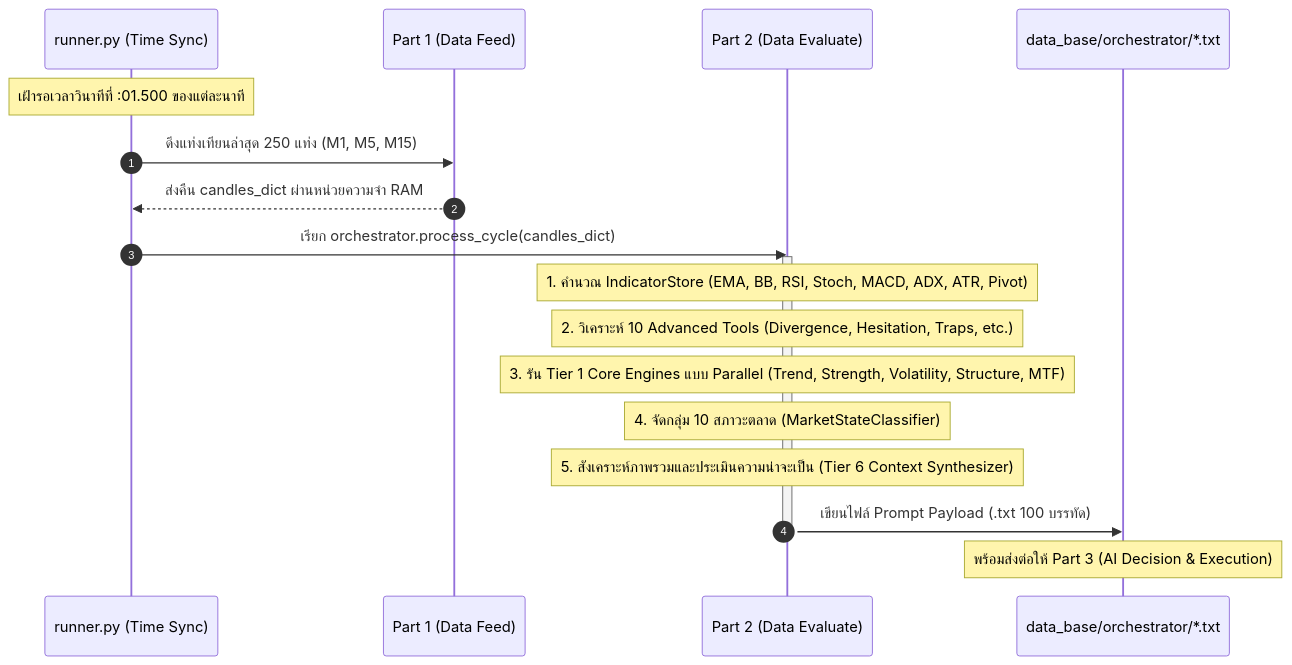
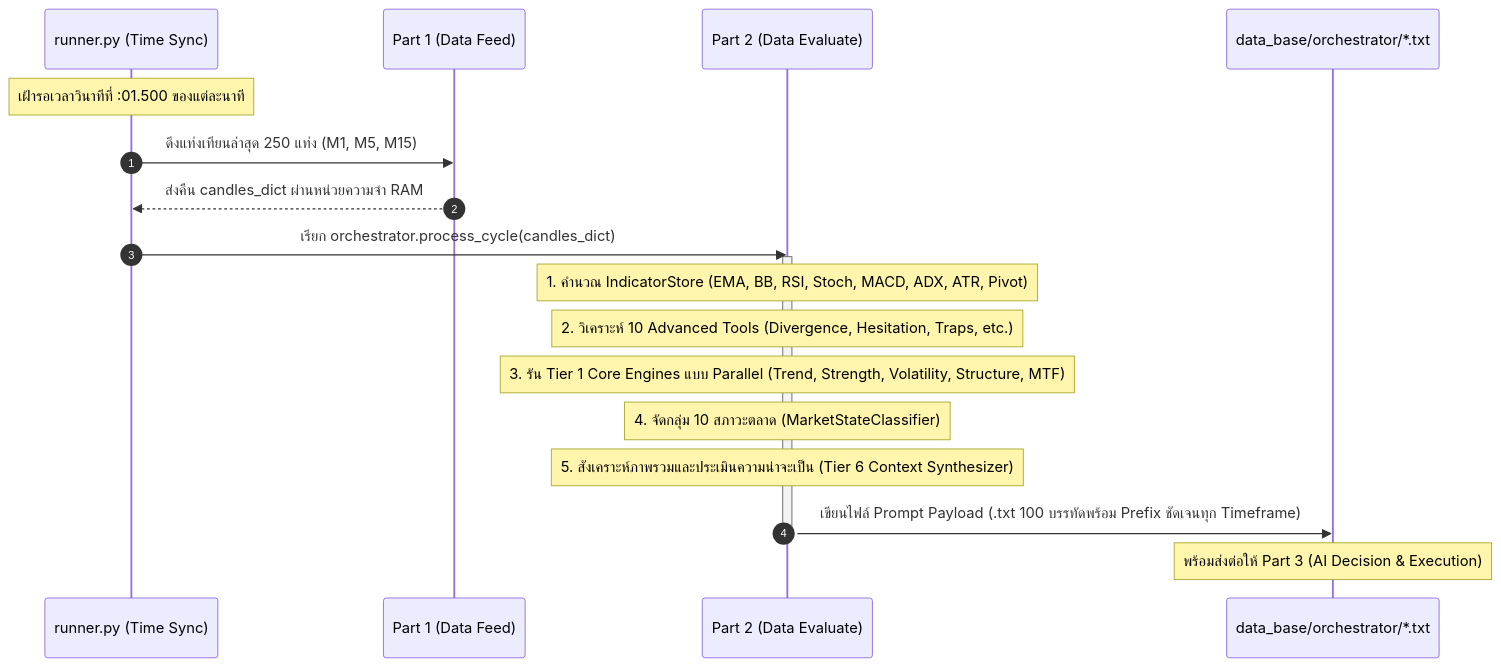
Before and after one commit to sangsureelove2021/FINALBOT_Begin: the diagram in docs/readme.md, drawn with Mermaid. The commit also changed other lines of this file and 2663 other files, not shown here.

````diff
--- a/docs/readme.md
+++ b/docs/readme.md
@@ -52,24 +52,24 @@
 ```mermaid
 sequenceDiagram
     autonumber
     participant R as runner.py (Time Sync)
     participant D1 as Part 1 (Data Feed)
     participant D2 as Part 2 (Data Evaluate)
     participant Out as data_base/orchestrator/*.txt
 
     Note over R: เฝ้ารอเวลาวินาทีที่ :01.500 ของแต่ละนาที
     R->>D1: ดึงแท่งเทียนล่าสุด 250 แท่ง (M1, M5, M15)
     D1-->>R: ส่งคืน candles_dict ผ่านหน่วยความจำ RAM
     R->>D2: เรียก orchestrator.process_cycle(candles_dict)
     
     activate D2
     Note over D2: 1. คำนวณ IndicatorStore (EMA, BB, RSI, Stoch, MACD, ADX, ATR, Pivot)
     Note over D2: 2. วิเคราะห์ 10 Advanced Tools (Divergence, Hesitation, Traps, etc.)
     Note over D2: 3. รัน Tier 1 Core Engines แบบ Parallel (Trend, Strength, Volatility, Structure, MTF)
     Note over D2: 4. จัดกลุ่ม 10 สภาวะตลาด (MarketStateClassifier)
     Note over D2: 5. สังเคราะห์ภาพรวมและประเมินความน่าจะเป็น (Tier 6 Context Synthesizer)
-    D2->>Out: เขียนไฟล์ Prompt Payload (.txt 100 บรรทัด)
+    D2->>Out: เขียนไฟล์ Prompt Payload (.txt 100 บรรทัดพร้อม Prefix ชัดเจนทุก Timeframe)
     deactivate D2
     
     Note over Out: พร้อมส่งต่อให้ Part 3 (AI Decision & Execution)
 ```
````
